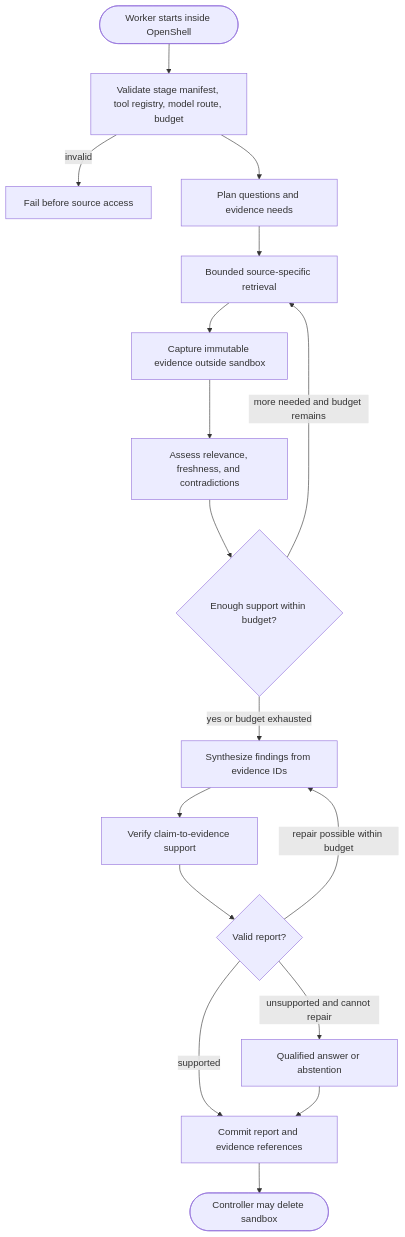
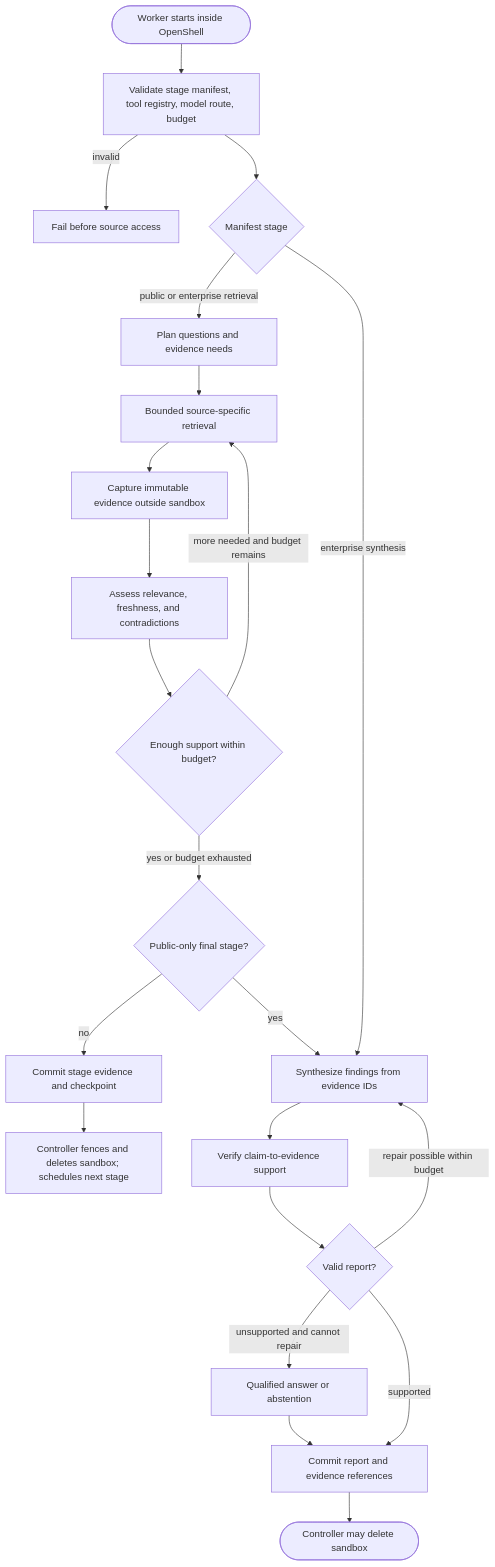
The first of 9 diagrams in docs/design/research-and-evidence.md (gvaibhav/openshell-deep-research-platform), drawn with Mermaid before and after one commit. The commit also changed other lines of this file and 48 other files, not shown here.

````diff
--- a/docs/design/research-and-evidence.md
+++ b/docs/design/research-and-evidence.md
@@ -29,19 +31,24 @@
 ```mermaid
 flowchart TD
     Start([Worker starts inside OpenShell]) --> Preflight[Validate stage manifest, tool registry, model route, budget]
     Preflight -->|invalid| Stop[Fail before source access]
-    Preflight --> Plan[Plan questions and evidence needs]
+    Preflight --> Stage{Manifest stage}
+    Stage -->|public or enterprise retrieval| Plan[Plan questions and evidence needs]
+    Stage -->|enterprise synthesis| Synthesize
     Plan --> Retrieve[Bounded source-specific retrieval]
     Retrieve --> Capture[Capture immutable evidence outside sandbox]
     Capture --> Assess[Assess relevance, freshness, and contradictions]
     Assess --> Enough{Enough support within budget?}
     Enough -->|more needed and budget remains| Retrieve
-    Enough -->|yes or budget exhausted| Synthesize[Synthesize findings from evidence IDs]
+    Enough -->|yes or budget exhausted| Route{Public-only final stage?}
+    Route -->|no| EvidenceDone[Commit stage evidence and checkpoint]
+    Route -->|yes| Synthesize[Synthesize findings from evidence IDs]
+    EvidenceDone --> Next[Controller fences and deletes sandbox; schedules next stage]
     Synthesize --> Verify[Verify claim-to-evidence support]
     Verify --> Valid{Valid report?}
     Valid -->|repair possible within budget| Synthesize
     Valid -->|unsupported and cannot repair| Partial[Qualified answer or abstention]
     Valid -->|supported| Commit[Commit report and evidence references]
     Partial --> Commit
     Commit --> End([Controller may delete sandbox])
 ```
````
